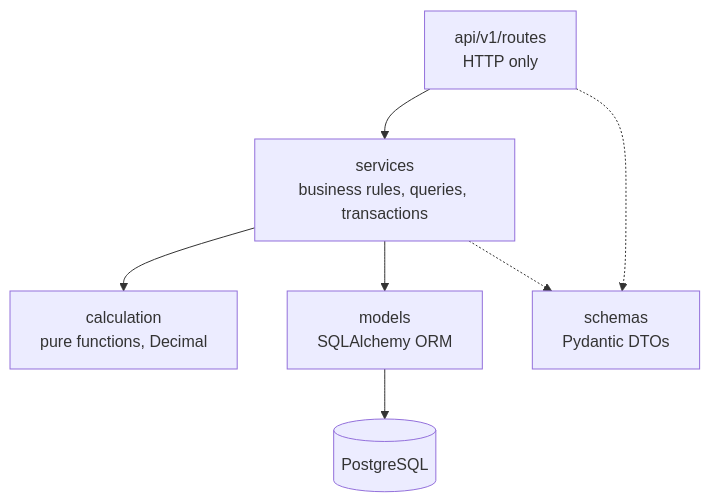
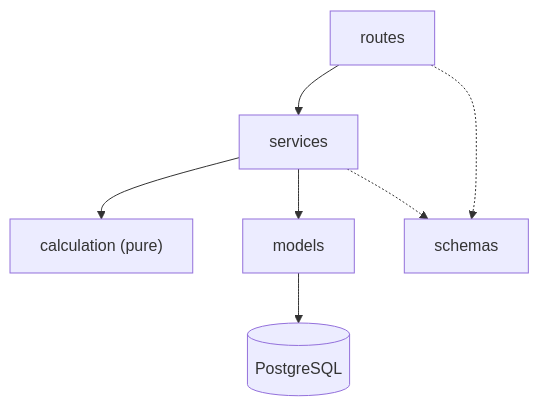
Before and after one commit to Akalankagunathilake2002/BMAD-Practice-demo: the first of 4 diagrams in docs/initiative-carbontrack/architecture-carbontrack/architecture-carbontrack.md, drawn with Mermaid. The commit also changed other lines of this file and 18 other files, not shown here.

First line of the commit message:
docs: architecture as a v7 spine (AD-1 to AD-18)

````diff
--- a/docs/initiative-carbontrack/architecture-carbontrack/architecture-carbontrack.md
+++ b/docs/initiative-carbontrack/architecture-carbontrack/architecture-carbontrack.md
@@ -101,9 +46,9 @@
 ```mermaid
 flowchart TB
-    R["api/v1/routes<br/>HTTP only"] --> S["services<br/>business rules, queries, transactions"]
-    S --> E["calculation<br/>pure functions, Decimal"]
-    S --> M["models<br/>SQLAlchemy ORM"]
-    R -.-> SC["schemas<br/>Pydantic DTOs"]
+    R["routes"] --> S["services"]
+    S --> E["calculation (pure)"]
+    S --> M["models"]
+    R -.-> SC["schemas"]
     S -.-> SC
     M --> DB[("PostgreSQL")]
 ```
````
